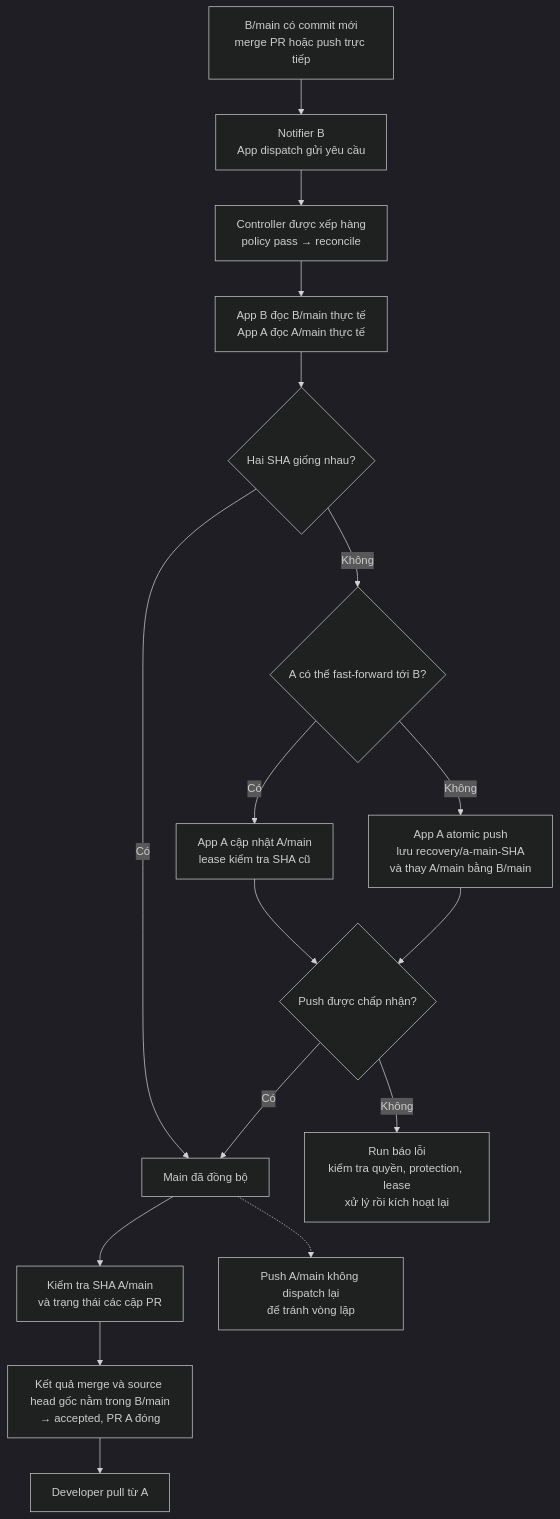
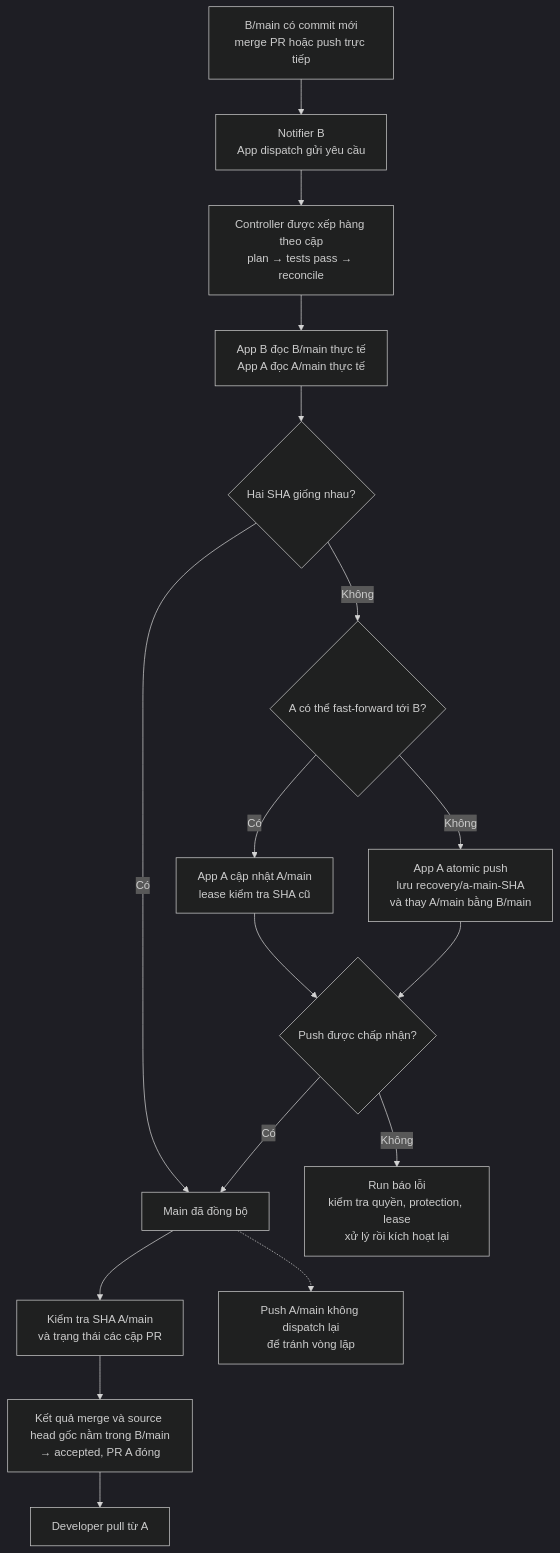
One commit to pho-veteran/github-org-contribution-lab changed the third of 3 diagrams in github-app-setup.md. Above: the diagram before and after it, drawn with Mermaid (dark theme). The commit also changed other lines of this file and 14 other files, not shown here.

````diff
--- a/github-app-setup.md
+++ b/github-app-setup.md
@@ -102,19 +104,19 @@
 ```mermaid
 flowchart TD
     P["B/main có commit mới<br/>merge PR hoặc push trực tiếp"] --> N["Notifier B<br/>App dispatch gửi yêu cầu"]
-    N --> Q["Controller được xếp hàng<br/>policy pass → reconcile"]
+    N --> Q["Controller được xếp hàng theo cặp<br/>plan → tests pass → reconcile"]
     Q --> R["App B đọc B/main thực tế<br/>App A đọc A/main thực tế"]
     R --> E{"Hai SHA giống nhau?"}
     E -->|Có| S["Main đã đồng bộ"]
     E -->|Không| F{"A có thể fast-forward tới B?"}
     F -->|Có| U["App A cập nhật A/main<br/>lease kiểm tra SHA cũ"]
     F -->|Không| X["App A atomic push<br/>lưu recovery/a-main-SHA<br/>và thay A/main bằng B/main"]
     U --> V{"Push được chấp nhận?"}
     X --> V
     V -->|Không| ERR["Run báo lỗi<br/>kiểm tra quyền, protection, lease<br/>xử lý rồi kích hoạt lại"]
     V -->|Có| S
     S --> CHECK["Kiểm tra SHA A/main<br/>và trạng thái các cặp PR"]
     CHECK --> DONE["Kết quả merge và source head gốc nằm trong B/main<br/>→ accepted, PR A đóng"]
     DONE --> DEV["Developer pull từ A"]
     S -.-> SKIP["Push A/main không dispatch lại<br/>để tránh vòng lặp"]
 ```
````
